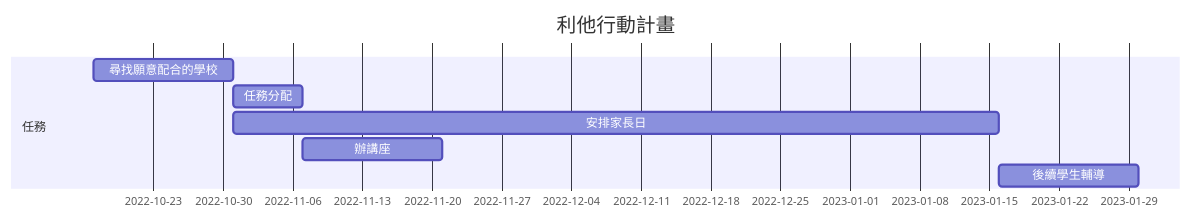
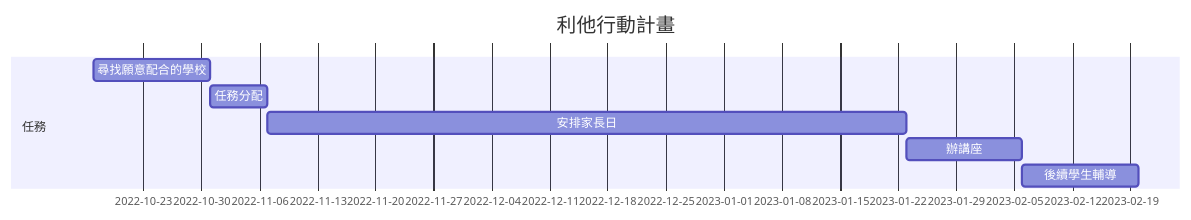
Before and after one commit to mark13578/2022-sasd: the diagram in date.md, drawn with Mermaid.

````diff
--- a/date.md
+++ b/date.md
@@ -3,12 +3,12 @@
 ```mermaid
 gantt
     title 利他行動計畫
     
     section 任務
     尋找願意配合的學校:a1, 2022-10-17,14d
     任務分配:a2, after a1,7d
-    安排家長日:a3, after a1,77d
-    辦講座:a4, after a2,14d
-    後續學生輔導:a5, after a3,14d
+    安排家長日:a3, after a2,77d
+    辦講座:a4, after a3,14d
+    後續學生輔導:a5, after a4,14d
     
 ```
````
